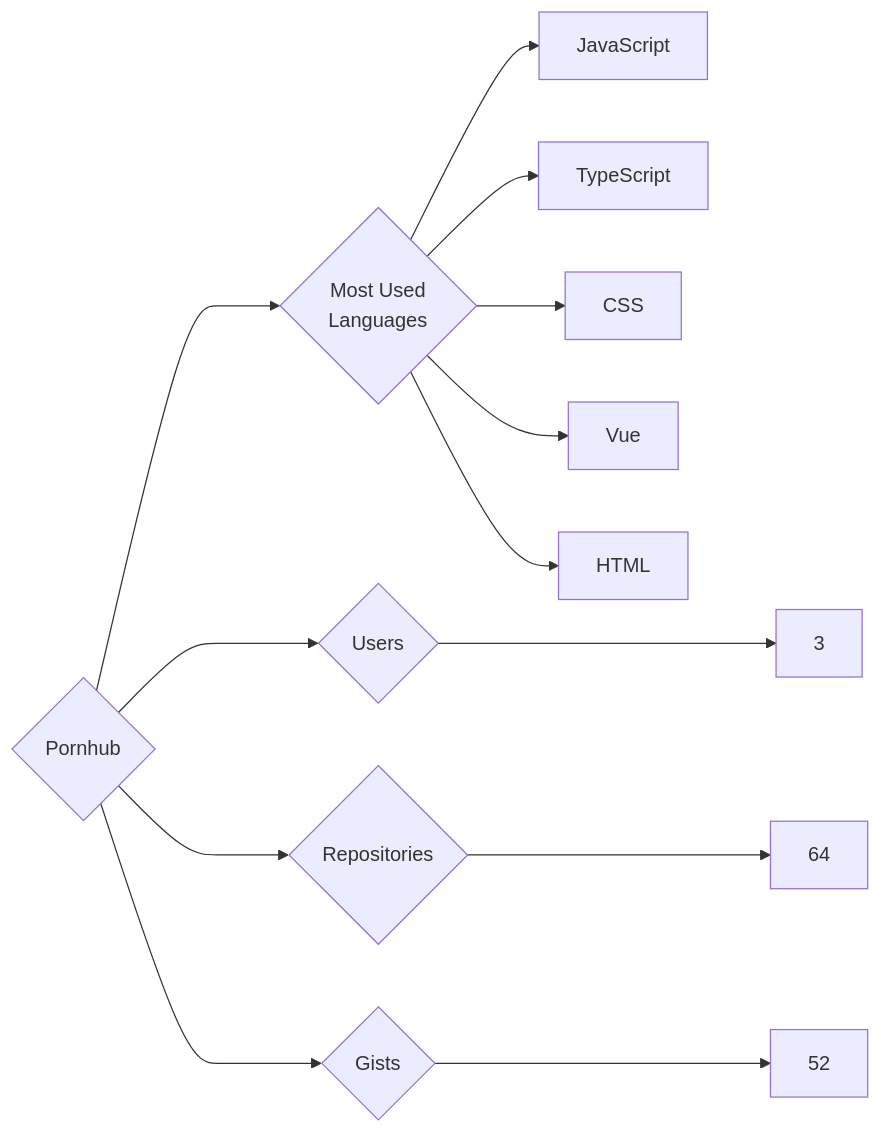
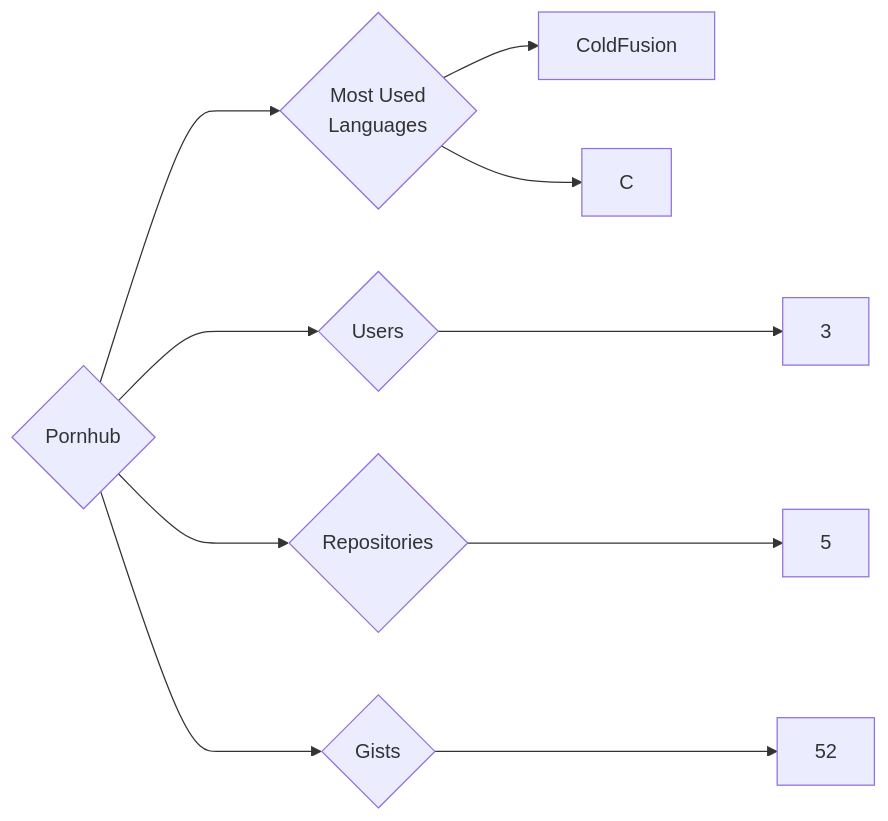
Before and after one commit to trickest/insiders: the diagram in targets/Pornhub/README.md, drawn with Mermaid. The commit also changed 796 other files, not shown here.

````diff
--- a/targets/Pornhub/README.md
+++ b/targets/Pornhub/README.md
@@ -3,13 +3,10 @@
 ```mermaid
 graph LR
 COMPANY_NAME{Pornhub}
 COMPANY_NAME ---> U{Users} ---> UN[3]
-COMPANY_NAME ---> R{Repositories} ---> RN[64]
+COMPANY_NAME ---> R{Repositories} ---> RN[5]
 COMPANY_NAME ---> G{Gists} ---> GN[52]
 COMPANY_NAME ---> ML{Most Used<br>Languages}
-ML --> JavaScript[JavaScript]
-ML --> TypeScript[TypeScript]
-ML --> CSS[CSS]
-ML --> Vue[Vue]
-ML --> HTML[HTML]
+ML --> ColdFusion[ColdFusion]
+ML --> C[C]
 ```
````
